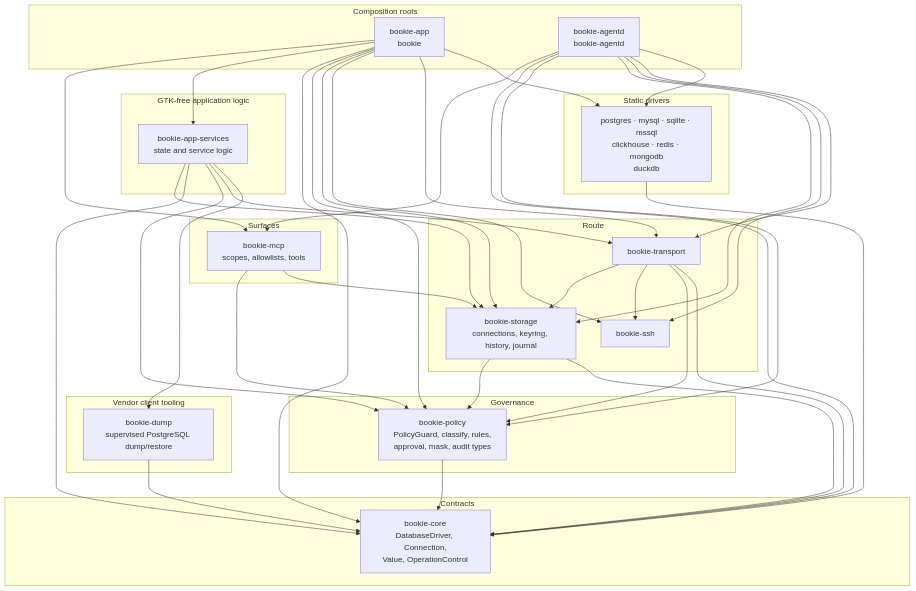
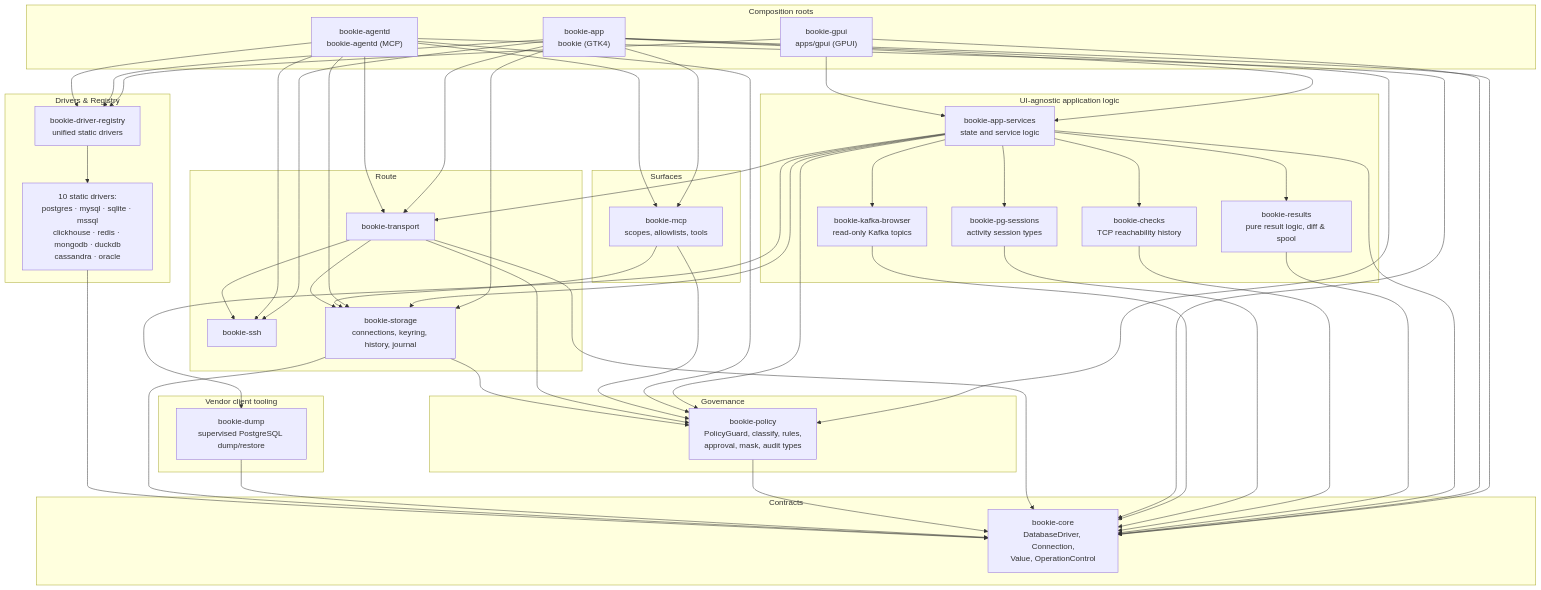
One commit to cozyGarage/BookiE changed the second of 7 diagrams in ARCHITECTURE.md. Above: the diagram before and after it, drawn with Mermaid. The commit also changed other lines of this file and 17 other files, not shown here.

````diff
--- a/ARCHITECTURE.md
+++ b/ARCHITECTURE.md
@@ -90,16 +96,21 @@
 ```mermaid
 flowchart TB
     subgraph roots["Composition roots"]
-        app["bookie-app<br/>bookie"]
-        agentd["bookie-agentd<br/>bookie-agentd"]
+        app["bookie-app<br/>bookie (GTK4)"]
+        gpui["bookie-gpui<br/>apps/gpui (GPUI)"]
+        agentd["bookie-agentd<br/>bookie-agentd (MCP)"]
     end
 
     subgraph surfaces["Surfaces"]
         mcp["bookie-mcp<br/>scopes, allowlists, tools"]
     end
 
-    subgraph app_logic["GTK-free application logic"]
+    subgraph app_logic["UI-agnostic application logic"]
         app_services["bookie-app-services<br/>state and service logic"]
+        results["bookie-results<br/>pure result logic, diff & spool"]
+        checks["bookie-checks<br/>TCP reachability history"]
+        pg_sessions["bookie-pg-sessions<br/>activity session types"]
+        kafka["bookie-kafka-browser<br/>read-only Kafka topics"]
     end
 
     subgraph governance["Governance"]
@@ -120,8 +131,9 @@
         core["bookie-core<br/>DatabaseDriver, Connection,<br/>Value, OperationControl"]
     end
 
-    subgraph drivers["Static drivers"]
-        drv["postgres · mysql · sqlite · mssql<br/>clickhouse · redis · mongodb<br/>duckdb"]
+    subgraph drivers["Drivers & Registry"]
+        registry["bookie-driver-registry<br/>unified static drivers"]
+        drv["10 static drivers:<br/>postgres · mysql · sqlite · mssql<br/>clickhouse · redis · mongodb · duckdb<br/>cassandra · oracle"]
     end
 
     app --> mcp
@@ -131,11 +143,22 @@
     app --> policy
     app --> storage
     app --> ssh
+    gpui --> app_services
+    gpui --> registry
+    gpui --> core
+    app_services --> results
+    app_services --> checks
+    app_services --> pg_sessions
+    app_services --> kafka
     app_services --> storage
     app_services --> core
     app_services --> policy
     app_services --> transport
     app_services --> dump
+    results --> core
+    checks --> core
+    pg_sessions --> core
+    kafka --> core
     app --> transport
     agentd --> core
     agentd --> policy
@@ -152,7 +175,8 @@
     dump --> core
     storage --> policy
     storage --> core
+    registry --> drv
     drv --> core
-    app --> drv
-    agentd --> drv
+    app --> registry
+    agentd --> registry
 ```
````
